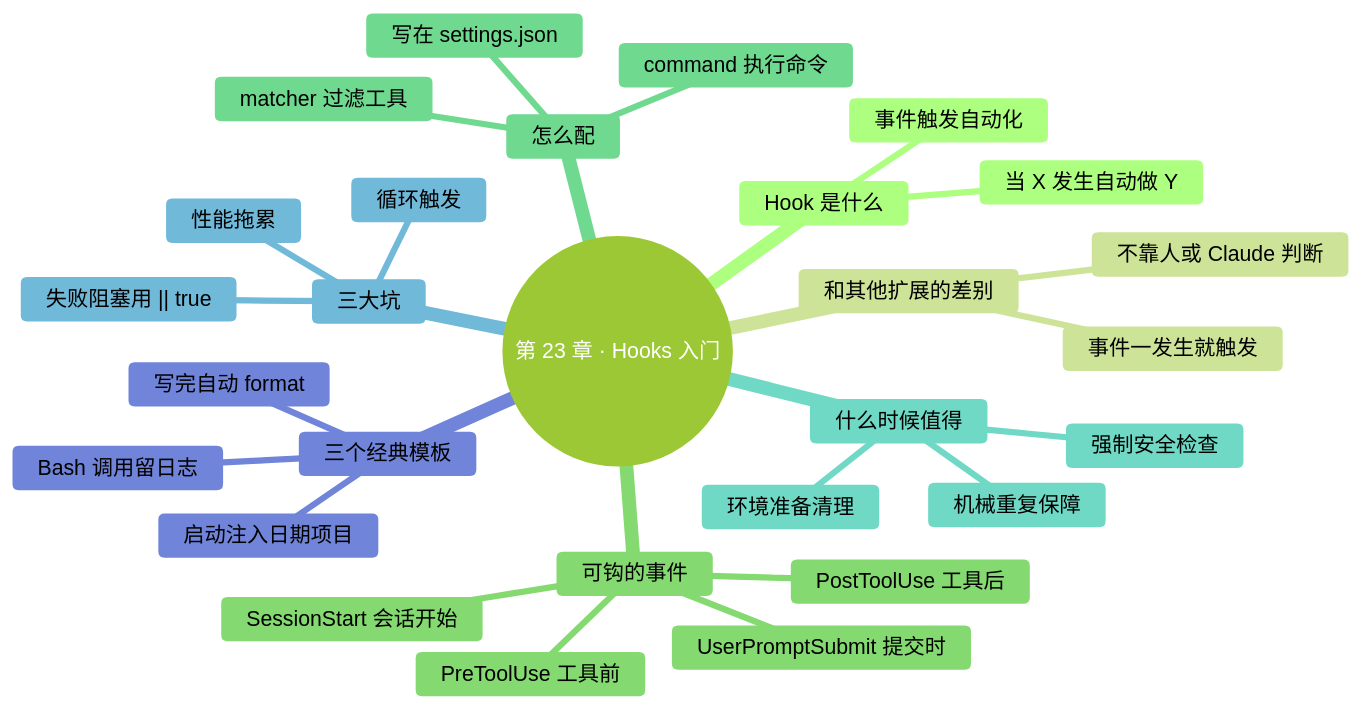
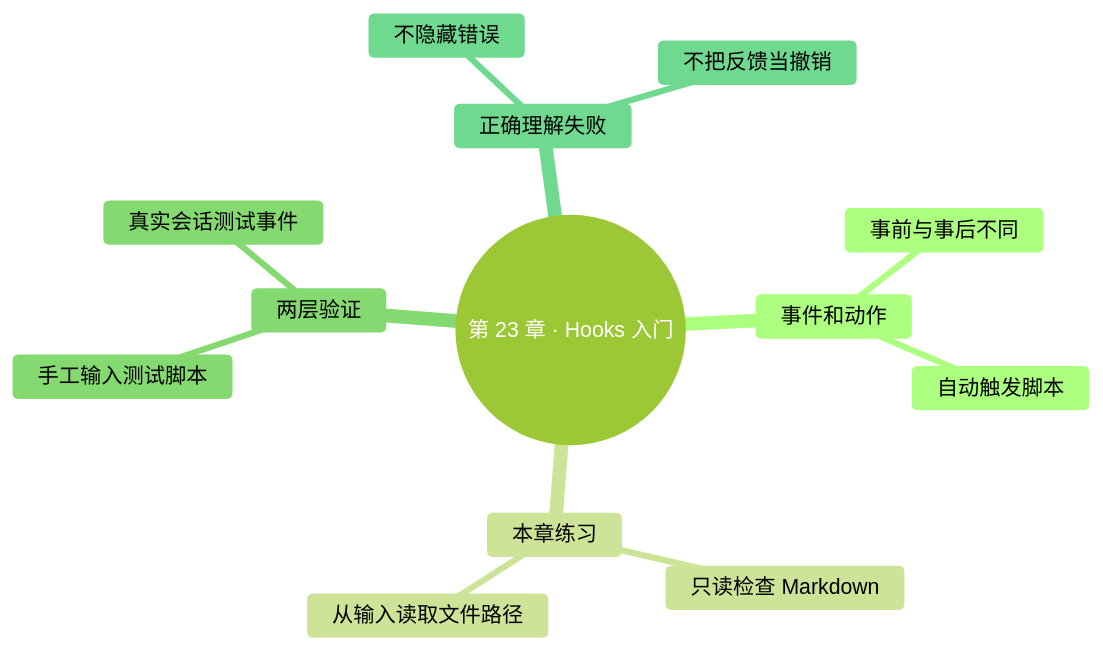
Before and after one commit to mali9527/claude-code-full-guide-for-beginners: the diagram in manuscript/part5-扩展能力/23-Hooks入门.md, drawn with Mermaid. The commit also changed other lines of this file and 130 other files, not shown here.

````diff
--- a/manuscript/part5-扩展能力/23-Hooks入门.md
+++ b/manuscript/part5-扩展能力/23-Hooks入门.md
@@ -20,39 +22,24 @@
 ```mermaid
 ---
 config:
   theme: forest
   themeVariables:
     fontFamily: "-apple-system, 'SF Pro Text', 'PingFang SC', 'Helvetica Neue', sans-serif"
     fontSize: "17px"
     lineColor: "#D9D9D9"
 ---
 mindmap
   root((第 23 章 · Hooks 入门))
-    Hook 是什么
-      事件触发自动化
-      当 X 发生自动做 Y
-    和其他扩展的差别
-      不靠人或 Claude 判断
-      事件一发生就触发
-    可钩的事件
-      PreToolUse 工具前
-      PostToolUse 工具后
-      SessionStart 会话开始
-      UserPromptSubmit 提交时
-    怎么配
-      写在 settings.json
-      matcher 过滤工具
-      command 执行命令
-    什么时候值得
-      机械重复保障
-      强制安全检查
-      环境准备清理
-    三大坑
-      失败阻塞用 || true
-      循环触发
-      性能拖累
-    三个经典模板
-      写完自动 format
-      启动注入日期项目
-      Bash 调用留日志
+    事件和动作
+      事前与事后不同
+      自动触发脚本
+    本章练习
+      只读检查 Markdown
+      从输入读取文件路径
+    两层验证
+      手工输入测试脚本
+      真实会话测试事件
+    正确理解失败
+      不隐藏错误
+      不把反馈当撤销
 ```
````
